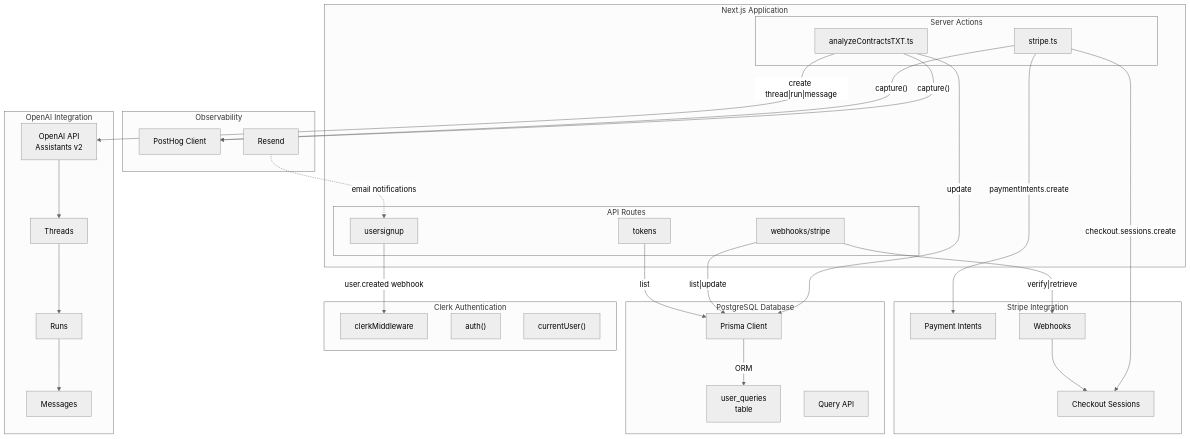
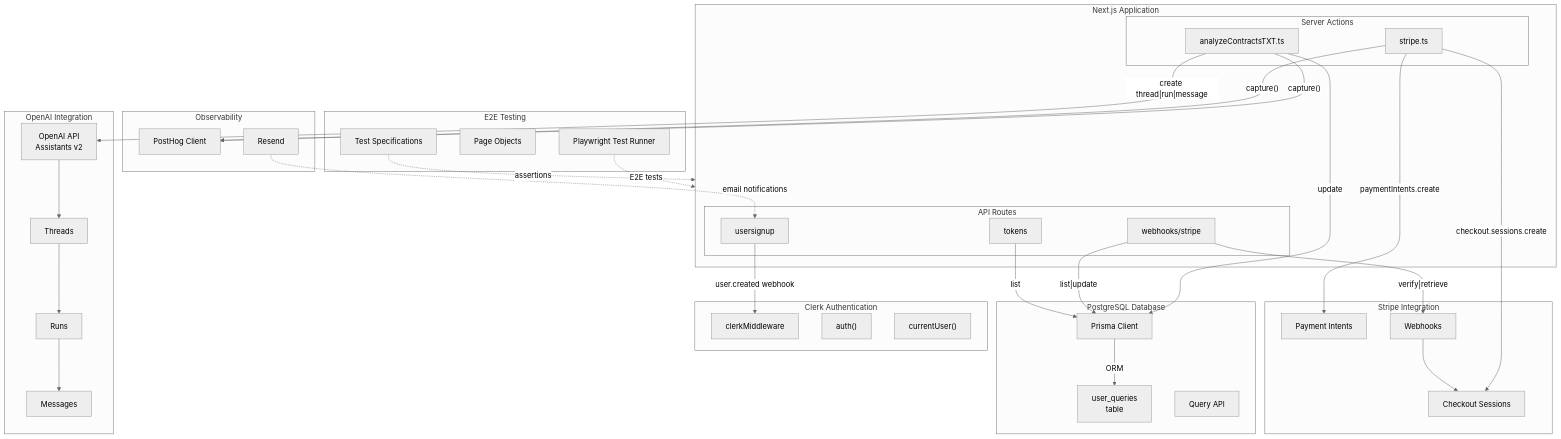
Before and after one commit to duzhongli-d/contractagent: the second of 7 diagrams in docs/architecture/COMPONENT_INTERACTIONS.md, drawn with Mermaid (neutral theme). The commit also changed other lines of this file and 3 other files, not shown here.

First line of the commit message:
docs: update architecture docs with E2E testing infrastructure

````diff
--- a/docs/architecture/COMPONENT_INTERACTIONS.md
+++ b/docs/architecture/COMPONENT_INTERACTIONS.md
@@ -81,66 +81,75 @@
 ```mermaid
 graph TB
     subgraph NextJSApp["Next.js Application"]
         subgraph Actions["Server Actions"]
             SA1["analyzeContractsTXT.ts"]
             SA2["stripe.ts"]
         end
         subgraph APIs["API Routes"]
             AR1["webhooks/stripe"]
             AR2["usersignup"]
             AR3["tokens"]
         end
     end
 
     subgraph OpenAI_Integration["OpenAI Integration"]
         OA["OpenAI API<br/>Assistants v2"]
         OT["Threads"]
         OR["Runs"]
         OM["Messages"]
     end
 
     subgraph Stripe_Integration["Stripe Integration"]
         SC["Checkout Sessions"]
         PI["Payment Intents"]
         WH["Webhooks"]
     end
 
     subgraph Clerk_Integration["Clerk Authentication"]
         CM["clerkMiddleware"]
         AU["auth()"]
         CU["currentUser()"]
     end
 
     subgraph PostgreSQL_Integration["PostgreSQL Database"]
         DB["user_queries<br/>table"]
         PR["Prisma Client"]
         QU["Query API"]
     end
 
     subgraph Observability["Observability"]
         PH["PostHog Client"]
         RE["Resend"]
     end
 
+    subgraph Testing["E2E Testing"]
+        PW["Playwright Test Runner"]
+        POM["Page Objects"]
+        SPEC["Test Specifications"]
+    end
+
     SA1 -->|"create thread|run|message"| OA
     OA --> OT --> OR --> OM
 
     SA2 -->|"checkout.sessions.create"| SC
     SA2 -->|"paymentIntents.create"| PI
 
     AR1 -->|"verify|retrieve"| WH
     WH --> SC
 
     AR2 -->|"user.created webhook"| CM
 
     SA1 -->|"update"| PR
     AR1 -->|"list|update"| PR
     AR3 -->|"list"| PR
 
     SA1 -->|"capture()"| PH
     SA2 -->|"capture()"| PH
 
     PR -->|"ORM"| DB
 
     RE -.->|"email notifications"| AR2
+
+    PW -.->|"E2E tests"| NextJSApp
+    SPEC -.->|"assertions"| NextJSApp
 ```
````
